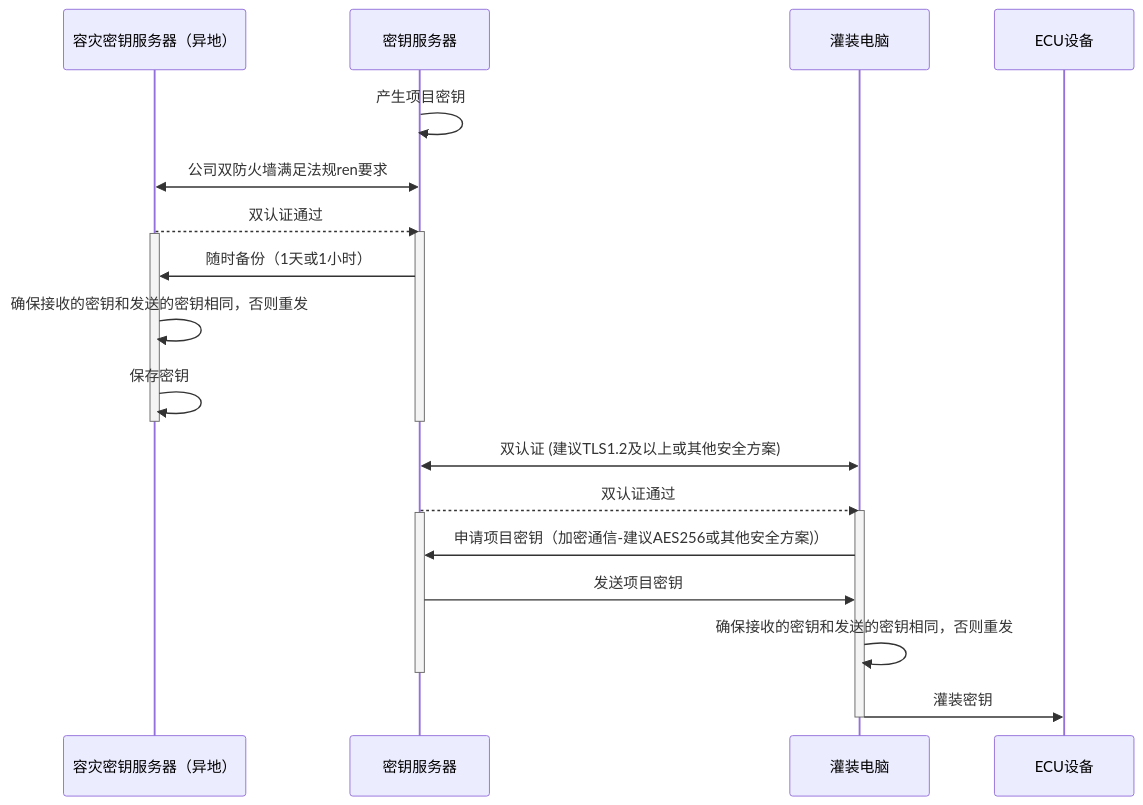
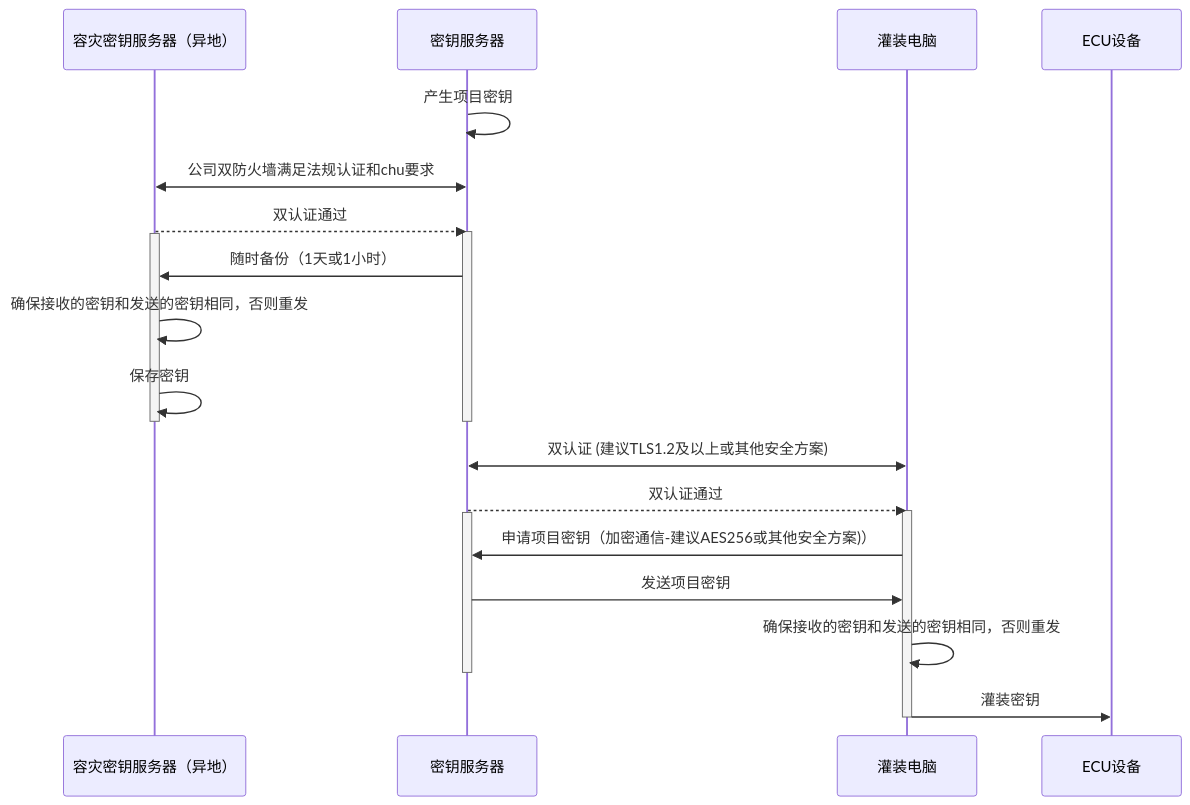
The diagram in all/未命名-15.md (facebook-cloud/iodraw-files), drawn with Mermaid before and after one commit.

Commit message:
2026-02-07 09:46:56 update

````diff
--- a/all/未命名-15.md
+++ b/all/未命名-15.md
@@ -1,32 +1,32 @@
 ```mermaid
 sequenceDiagram
     participant B as 容灾密钥服务器（异地）
     participant A as 密钥服务器
     participant C as 灌装电脑
     participant D as ECU设备
 
     A->>A: 产生项目密钥
-    A<<->>B: 公司双防火墙满足法规ren要求
+    A<<->>B: 公司双防火墙满足法规认证和chu要求
     B-->>A: 双认证通过
     activate A
     activate B
     A->>B: 随时备份（1天或1小时）
 
     B->>B: 确保接收的密钥和发送的密钥相同，否则重发
     B->>B: 保存密钥
     deactivate B
     deactivate A
 
     C<<->>A: 双认证 (建议TLS1.2及以上或其他安全方案)
     A-->>C: 双认证通过
     activate C
     activate A
     C->>A: 申请项目密钥（加密通信-建议AES256或其他安全方案)）
     A->>C: 发送项目密钥
 
     C->>C: 确保接收的密钥和发送的密钥相同，否则重发
     deactivate A
     C->>D: 灌装密钥
     deactivate C
 
 ```
````
